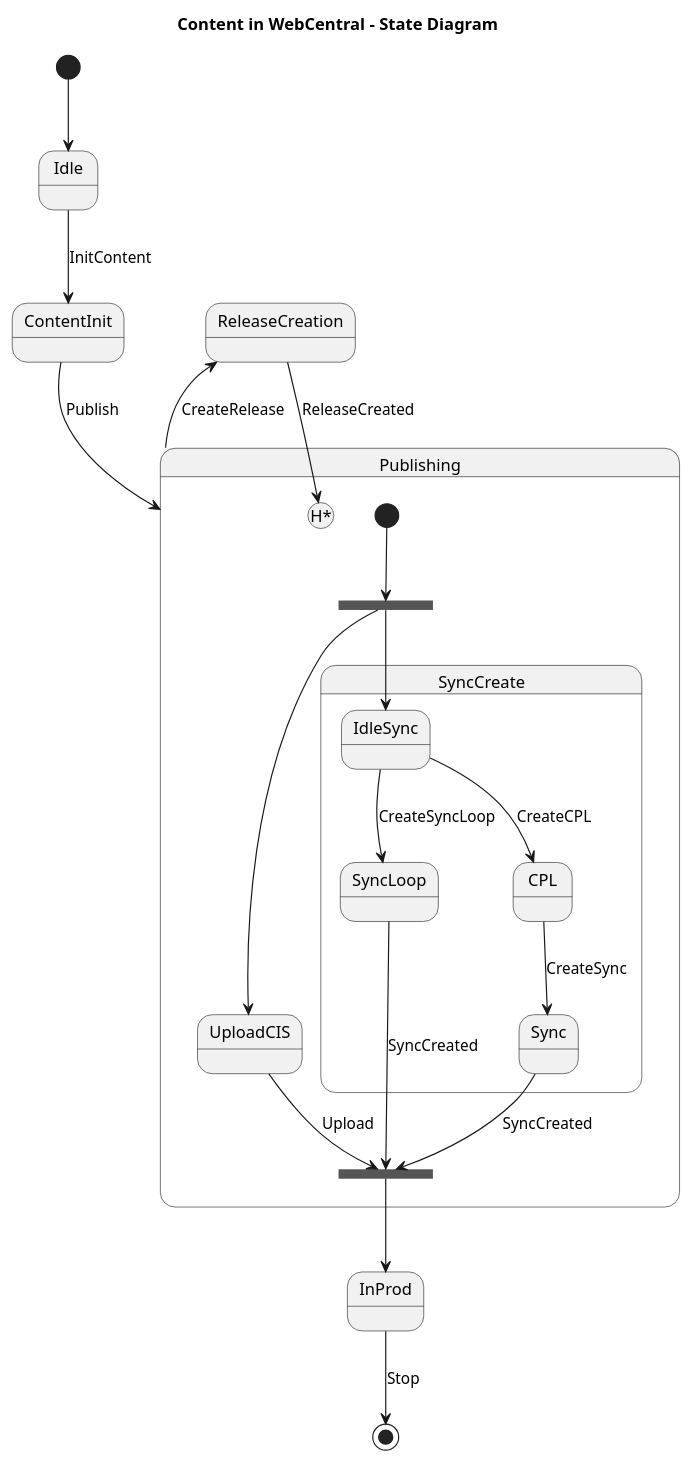
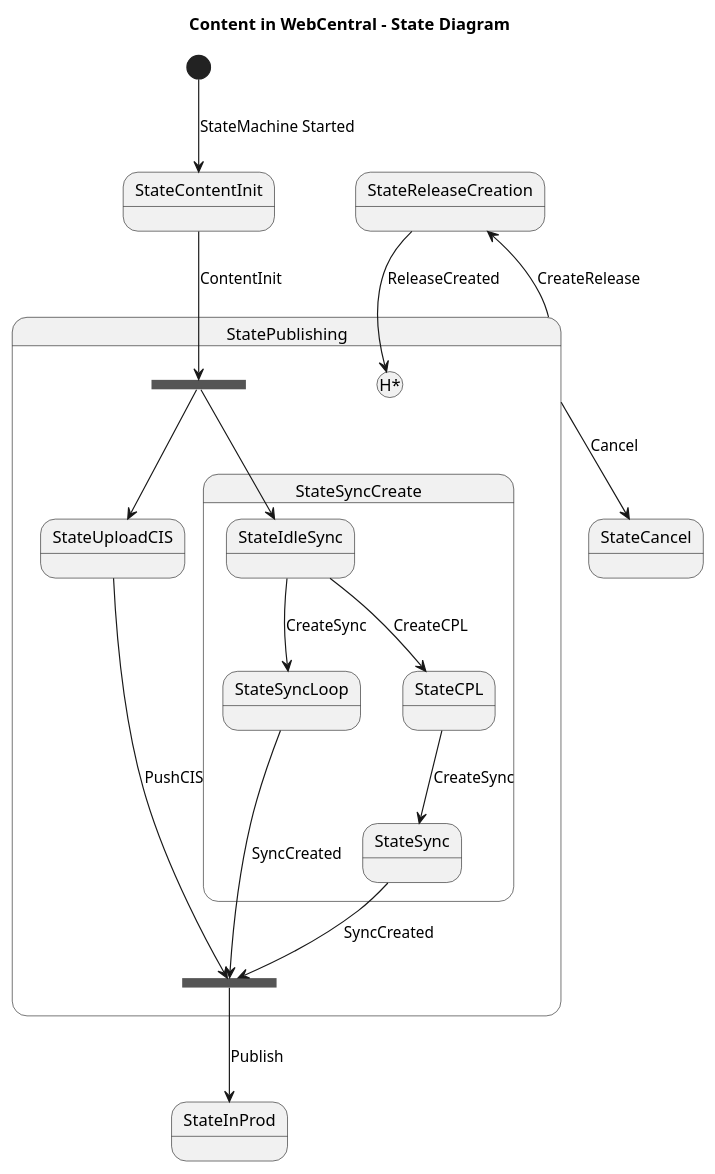
One commit to MathisBruel/ice_v2 changed the diagram in DOCS/WebCentral/state-movie.wsd. Above: the diagram before and after it, drawn with PlantUML. The commit also changed 55 other files, not shown here.

Commit message:
Add Feature to add a content, a release, delete a release

```diff
--- a/DOCS/WebCentral/state-movie.wsd
+++ b/DOCS/WebCentral/state-movie.wsd
@@ -1,32 +1,24 @@
 @startuml State Diagram Content (WebCentral)
 title Content in WebCentral - State Diagram
-[*] --> Idle
-Idle --> ContentInit : InitContent
-state InProd
-state ReleaseCreation
-state Publishing {
-    state fork_state <<fork>>
-    state join_state <<join>>
-    state SyncCreate { 
-        state IdleSync
-        IdleSync --> CPL : CreateCPL
-        CPL --> Sync : CreateSync
-        Sync --> join_state : SyncCreated
-        IdleSync --> SyncLoop : CreateSyncLoop
-        SyncLoop --> join_state : SyncCreated
+[*] --> StateContentInit : StateMachine Started
+state StatePublishing {
+    state fork_start <<fork>>
+    state fork_join <<join>>
+    StateContentInit --> fork_start : ContentInit
+    fork_start --> StateUploadCIS
+    state StateSyncCreate {
+        fork_start --> StateIdleSync
+        StateIdleSync --> StateCPL : CreateCPL
+        StateCPL --> StateSync : CreateSync
+        StateIdleSync --> StateSyncLoop : CreateSync
+        StateSync --> fork_join : SyncCreated
+        StateSyncLoop --> fork_join : SyncCreated
     }
-    [*] --> fork_state
-    fork_state --> UploadCIS 
-    fork_state --> IdleSync
-    UploadCIS --> join_state : Upload
-    join_state --> InProd
+    StateUploadCIS --> fork_join : PushCIS
 }
-
-ContentInit --> Publishing : Publish
-Publishing --> ReleaseCreation : CreateRelease
-ReleaseCreation --> Publishing[H*] : ReleaseCreated
-' Publishing --> Cancel
-' Cancel --> [*]
-InProd --> [*] : Stop
+StatePublishing --> StateCancel : Cancel
+fork_join --> StateInProd: Publish
+StatePublishing --> StateReleaseCreation : CreateRelease
+StateReleaseCreation --> StatePublishing[H*] : ReleaseCreated
 
 @enduml
```
